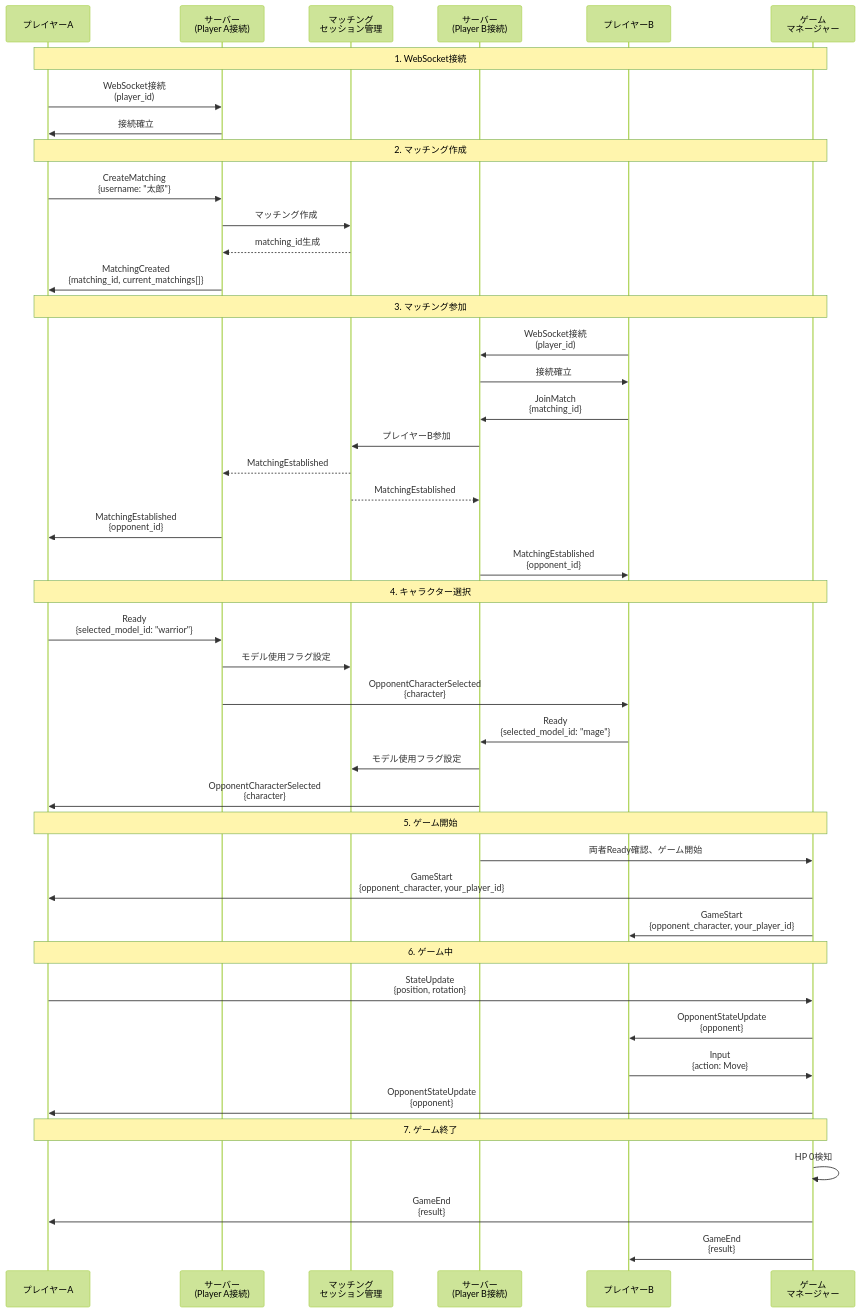
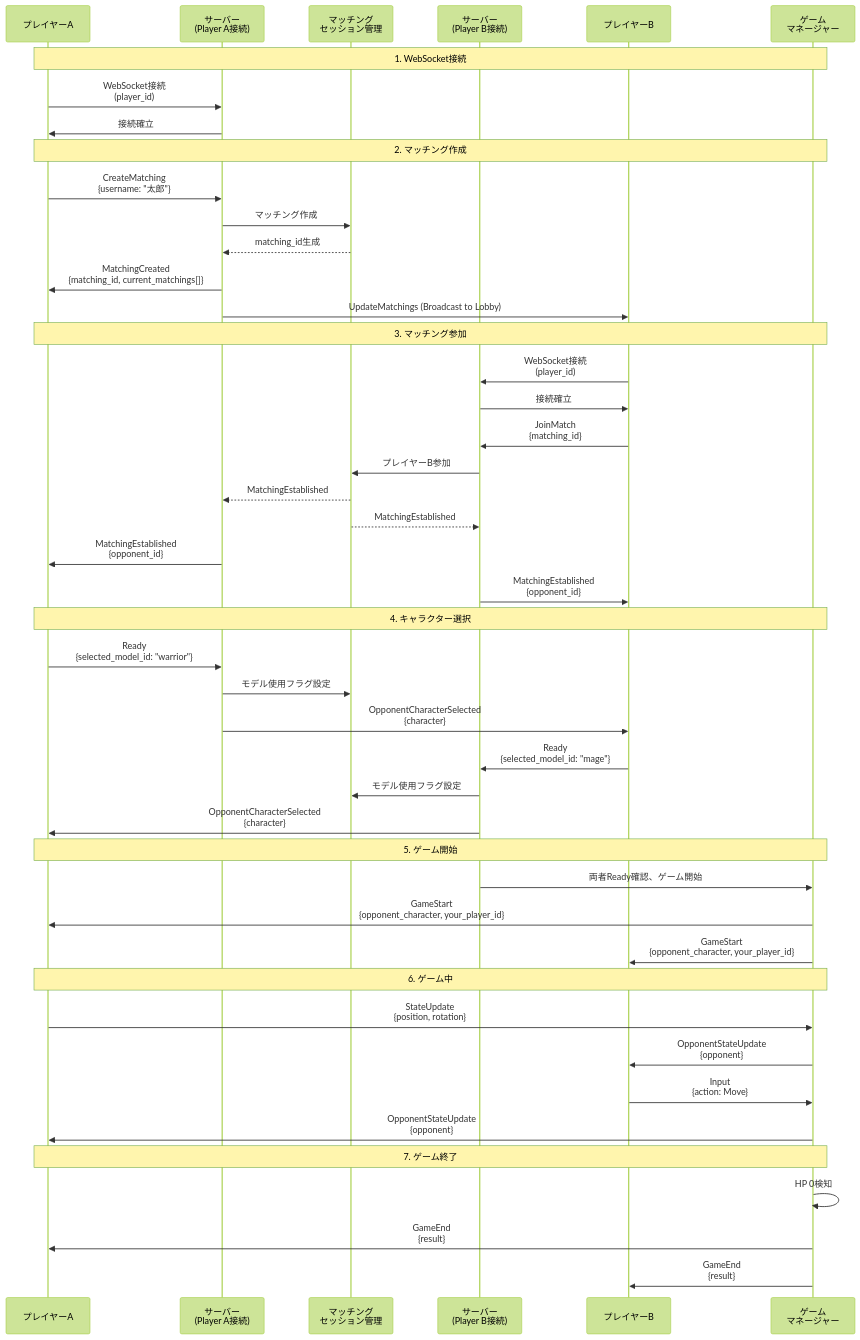
The first of 2 diagrams in doc/matching_flow.md (gohan5858/umaibou-monster-game-server), drawn with Mermaid (forest theme) before and after one commit. The commit also changed other lines of this file and 4 other files, not shown here.

````diff
--- a/doc/matching_flow.md
+++ b/doc/matching_flow.md
@@ -7,53 +7,54 @@
 ```mermaid
 sequenceDiagram
     participant PlayerA as プレイヤーA
     participant ServerA as サーバー<br/>(Player A接続)
     participant Sessions as マッチング<br/>セッション管理
     participant ServerB as サーバー<br/>(Player B接続)
     participant PlayerB as プレイヤーB
     participant GameMgr as ゲーム<br/>マネージャー
 
     Note over PlayerA,GameMgr: 1. WebSocket接続
     PlayerA->>ServerA: WebSocket接続<br/>(player_id)
     ServerA->>PlayerA: 接続確立
 
     Note over PlayerA,GameMgr: 2. マッチング作成
     PlayerA->>ServerA: CreateMatching<br/>{username: "太郎"}
     ServerA->>Sessions: マッチング作成
     Sessions-->>ServerA: matching_id生成
     ServerA->>PlayerA: MatchingCreated<br/>{matching_id, current_matchings[]}
+    ServerA->>PlayerB: UpdateMatchings (Broadcast to Lobby)
 
     Note over PlayerA,GameMgr: 3. マッチング参加
     PlayerB->>ServerB: WebSocket接続<br/>(player_id)
     ServerB->>PlayerB: 接続確立
     PlayerB->>ServerB: JoinMatch<br/>{matching_id}
     ServerB->>Sessions: プレイヤーB参加
     Sessions-->>ServerA: MatchingEstablished
     Sessions-->>ServerB: MatchingEstablished
     ServerA->>PlayerA: MatchingEstablished<br/>{opponent_id}
     ServerB->>PlayerB: MatchingEstablished<br/>{opponent_id}
 
     Note over PlayerA,GameMgr: 4. キャラクター選択
     PlayerA->>ServerA: Ready<br/>{selected_model_id: "warrior"}
     ServerA->>Sessions: モデル使用フラグ設定
     ServerA->>PlayerB: OpponentCharacterSelected<br/>{character}
     PlayerB->>ServerB: Ready<br/>{selected_model_id: "mage"}
     ServerB->>Sessions: モデル使用フラグ設定
     ServerB->>PlayerA: OpponentCharacterSelected<br/>{character}
 
     Note over PlayerA,GameMgr: 5. ゲーム開始
     ServerB->>GameMgr: 両者Ready確認、ゲーム開始
     GameMgr->>PlayerA: GameStart<br/>{opponent_character, your_player_id}
     GameMgr->>PlayerB: GameStart<br/>{opponent_character, your_player_id}
 
     Note over PlayerA,GameMgr: 6. ゲーム中
     PlayerA->>GameMgr: StateUpdate<br/>{position, rotation}
     GameMgr->>PlayerB: OpponentStateUpdate<br/>{opponent}
     PlayerB->>GameMgr: Input<br/>{action: Move}
     GameMgr->>PlayerA: OpponentStateUpdate<br/>{opponent}
 
     Note over PlayerA,GameMgr: 7. ゲーム終了
     GameMgr->>GameMgr: HP 0検知
     GameMgr->>PlayerA: GameEnd<br/>{result}
     GameMgr->>PlayerB: GameEnd<br/>{result}
 ```
````
